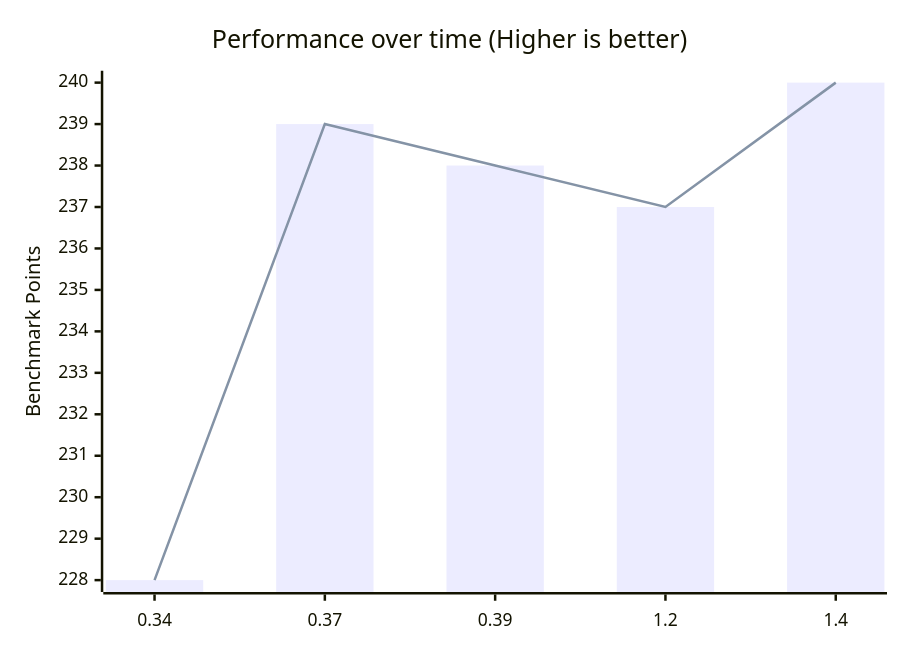
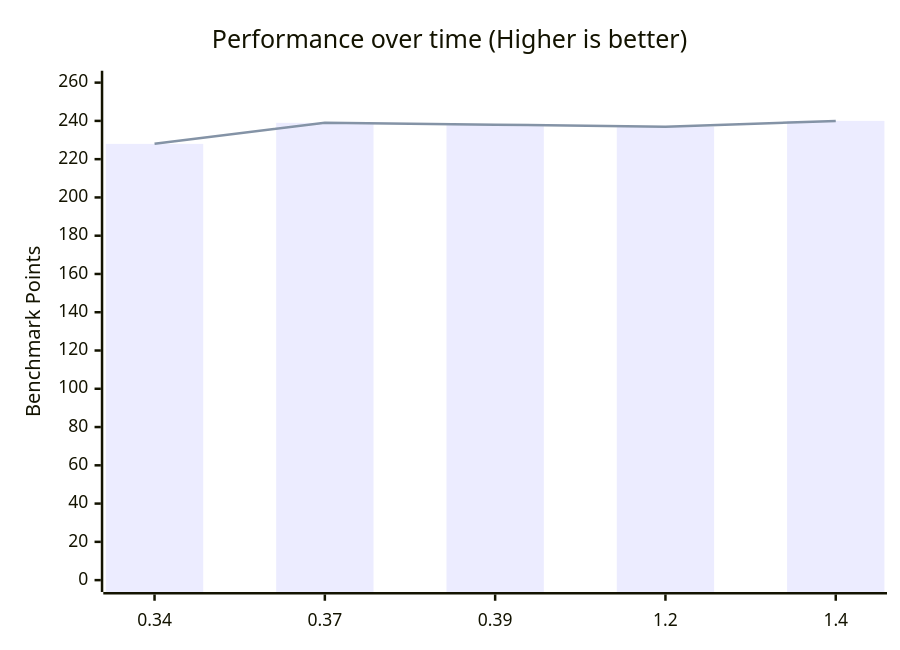
The second of 4 diagrams in content/benchmarks.md (zen-browser/docs), drawn with Mermaid before and after one commit. The commit also changed other lines of this file, not shown here.

Commit message:
more accurate benchmark graphs

````diff
--- a/content/benchmarks.md
+++ b/content/benchmarks.md
@@ -57,8 +57,8 @@
 ```mermaid
 xychart-beta
     title "Performance over time (Higher is better)"
     x-axis [0.34,0.37,0.39,1.2,1.4]
-    y-axis "Benchmark Points"
+    y-axis "Benchmark Points" 0 --> 260
     bar [228,239,238,237,240]
     line [228,239,238,237,240]
 ```
````
